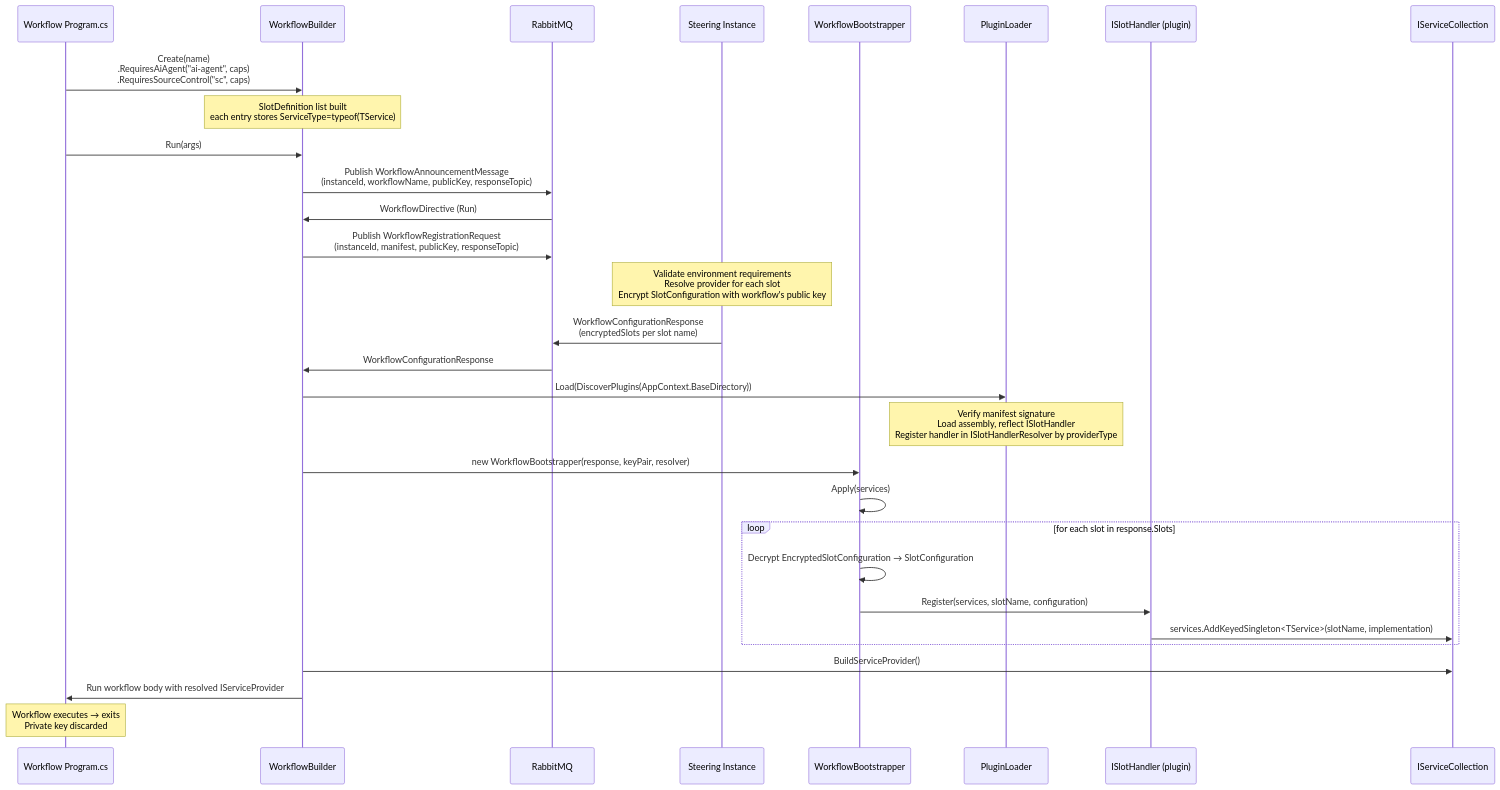
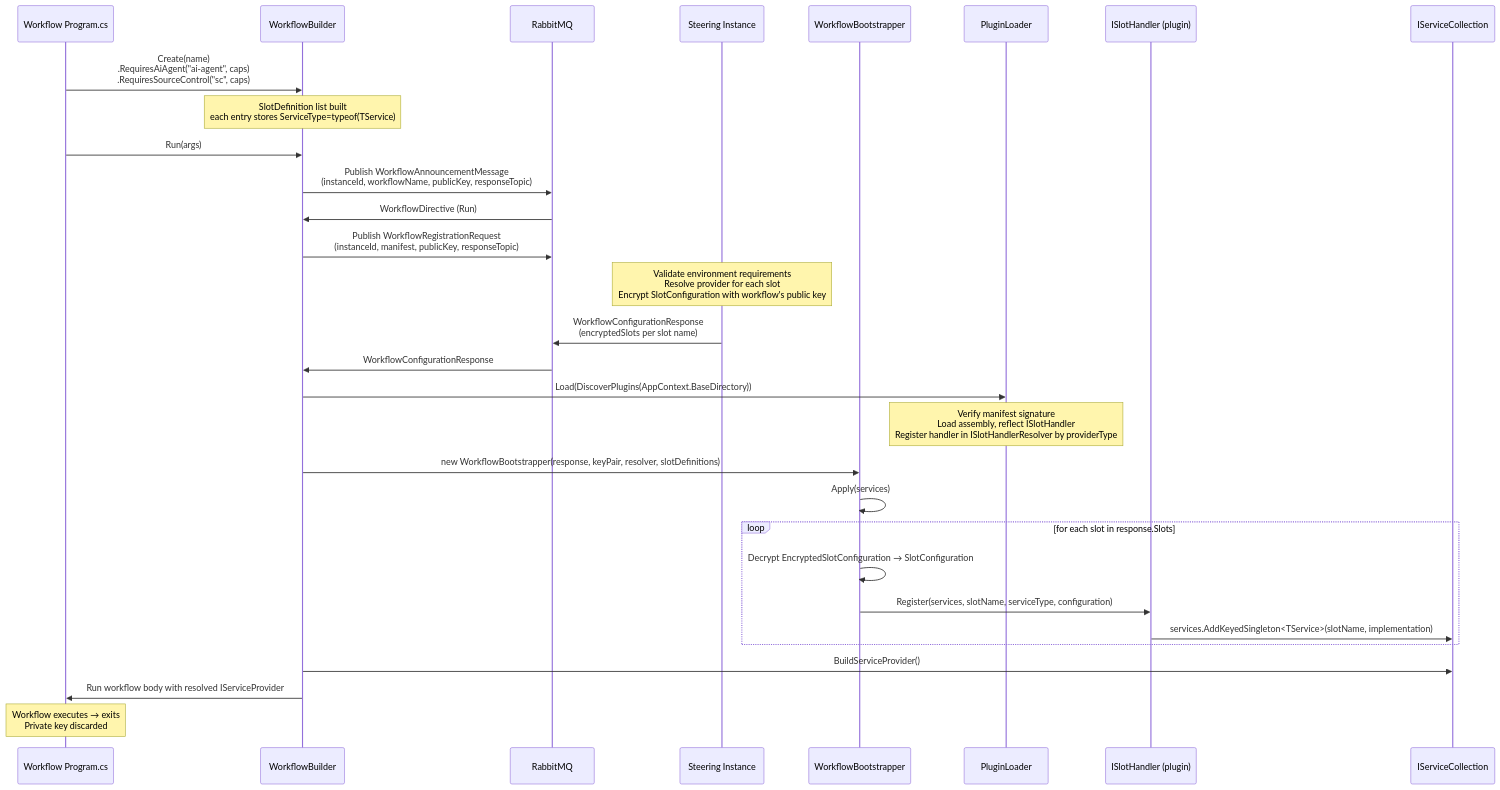
The third of 3 diagrams in docs/workflow-sdk-design.md (FelixKlakow/Auxilia), drawn with Mermaid before and after one commit. The commit also changed other lines of this file, not shown here.

First line of the commit message:
docs: fix workflow-sdk-design.md signatures to match committed implementation

````diff
--- a/docs/workflow-sdk-design.md
+++ b/docs/workflow-sdk-design.md
@@ -262,38 +262,38 @@
 ```mermaid
 sequenceDiagram
     participant App as Workflow Program.cs
     participant Builder as WorkflowBuilder
     participant Bus as RabbitMQ
     participant SI as Steering Instance
     participant Boot as WorkflowBootstrapper
     participant PL as PluginLoader
     participant Handler as ISlotHandler (plugin)
     participant DI as IServiceCollection
 
     App->>Builder: Create(name)<br/>.RequiresAiAgent("ai-agent", caps)<br/>.RequiresSourceControl("sc", caps)
     Note over Builder: SlotDefinition list built<br/>each entry stores ServiceType=typeof(TService)
 
     App->>Builder: Run(args)
     Builder->>Bus: Publish WorkflowAnnouncementMessage<br/>(instanceId, workflowName, publicKey, responseTopic)
     Bus->>Builder: WorkflowDirective (Run)
 
     Builder->>Bus: Publish WorkflowRegistrationRequest<br/>(instanceId, manifest, publicKey, responseTopic)
     Note over SI: Validate environment requirements<br/>Resolve provider for each slot<br/>Encrypt SlotConfiguration with workflow's public key
     SI->>Bus: WorkflowConfigurationResponse<br/>(encryptedSlots per slot name)
     Bus->>Builder: WorkflowConfigurationResponse
 
     Builder->>PL: Load(DiscoverPlugins(AppContext.BaseDirectory))
     Note over PL: Verify manifest signature<br/>Load assembly, reflect ISlotHandler<br/>Register handler in ISlotHandlerResolver by providerType
 
-    Builder->>Boot: new WorkflowBootstrapper(response, keyPair, resolver)
+    Builder->>Boot: new WorkflowBootstrapper(response, keyPair, resolver, slotDefinitions)
     Boot->>Boot: Apply(services)
     loop for each slot in response.Slots
         Boot->>Boot: Decrypt EncryptedSlotConfiguration → SlotConfiguration
-        Boot->>Handler: Register(services, slotName, configuration)
+        Boot->>Handler: Register(services, slotName, serviceType, configuration)
         Handler->>DI: services.AddKeyedSingleton<TService>(slotName, implementation)
     end
 
     Builder->>DI: BuildServiceProvider()
     Builder->>App: Run workflow body with resolved IServiceProvider
     Note over App: Workflow executes → exits<br/>Private key discarded
 ```
````
